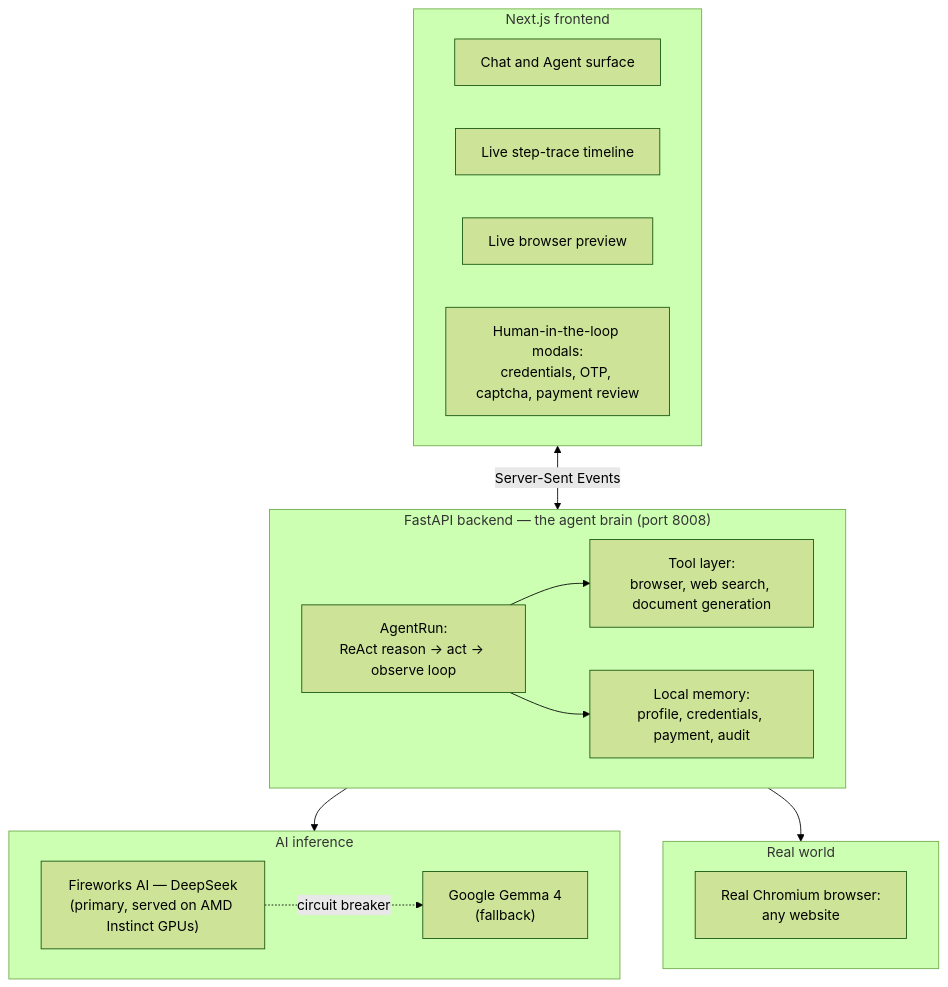
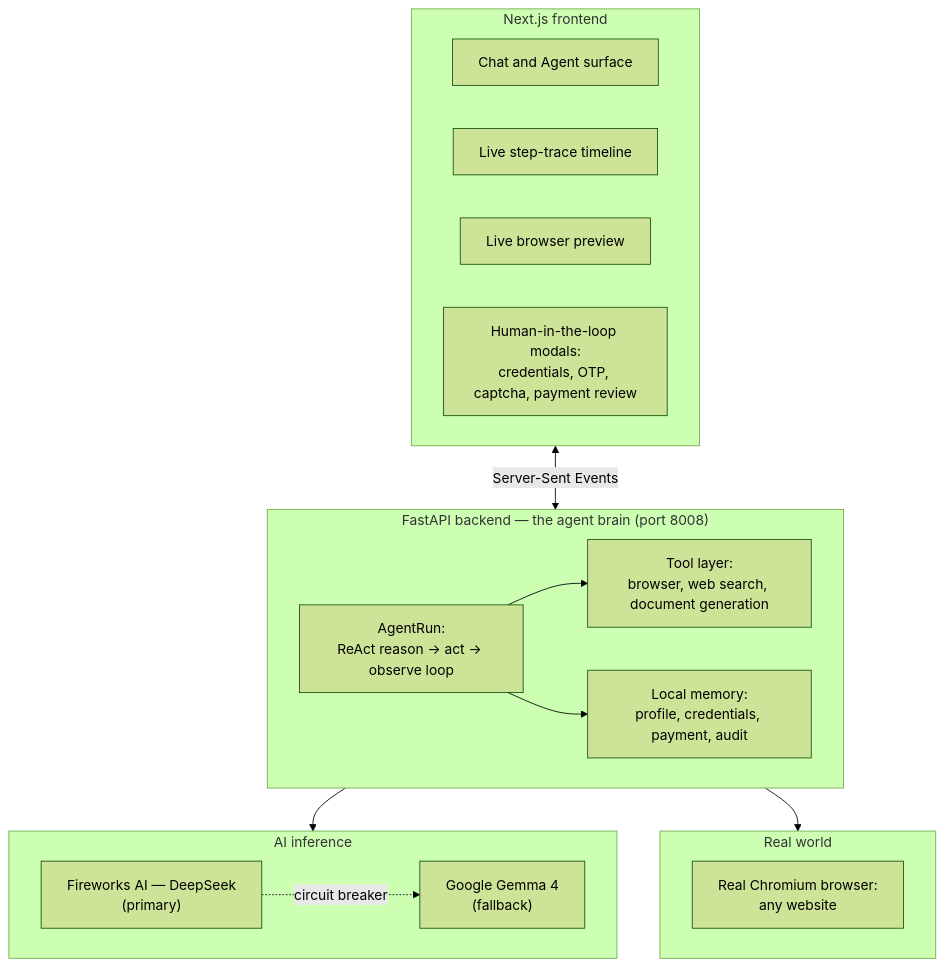
The first of 2 diagrams in README.md (SalihAwesome/Clark-main), drawn with Mermaid (forest theme) before and after one commit. The commit also changed other lines of this file, not shown here.

````diff
--- a/README.md
+++ b/README.md
@@ -119,35 +104,35 @@
 ```mermaid
 flowchart TB
   subgraph UI["Next.js frontend"]
     direction LR
     Chat["Chat and Agent surface"]
     Trace["Live step-trace timeline"]
     Preview["Live browser preview"]
     Gates["Human-in-the-loop modals:<br/>credentials, OTP, captcha, payment review"]
   end
 
   subgraph API["FastAPI backend — the agent brain (port 8008)"]
     direction LR
     Loop["AgentRun:<br/>ReAct reason → act → observe loop"]
     ToolLayer["Tool layer:<br/>browser, web search, document generation"]
     Stores["Local memory:<br/>profile, credentials, payment, audit"]
   end
 
   subgraph LLM["AI inference"]
     direction LR
-    FW["Fireworks AI — DeepSeek<br/>(primary, served on AMD Instinct GPUs)"]
+    FW["Fireworks AI — DeepSeek<br/>(primary)"]
     Gemma["Google Gemma 4<br/>(fallback)"]
   end
 
   subgraph RealWorld["Real world"]
     direction LR
     Browser["Real Chromium browser:<br/>any website"]
   end
 
   UI <-->|"Server-Sent Events"| API
   Loop --> LLM
   Loop --> ToolLayer
   ToolLayer --> Browser
   Loop --> Stores
   FW -.->|"circuit breaker"| Gemma
 ```
````
